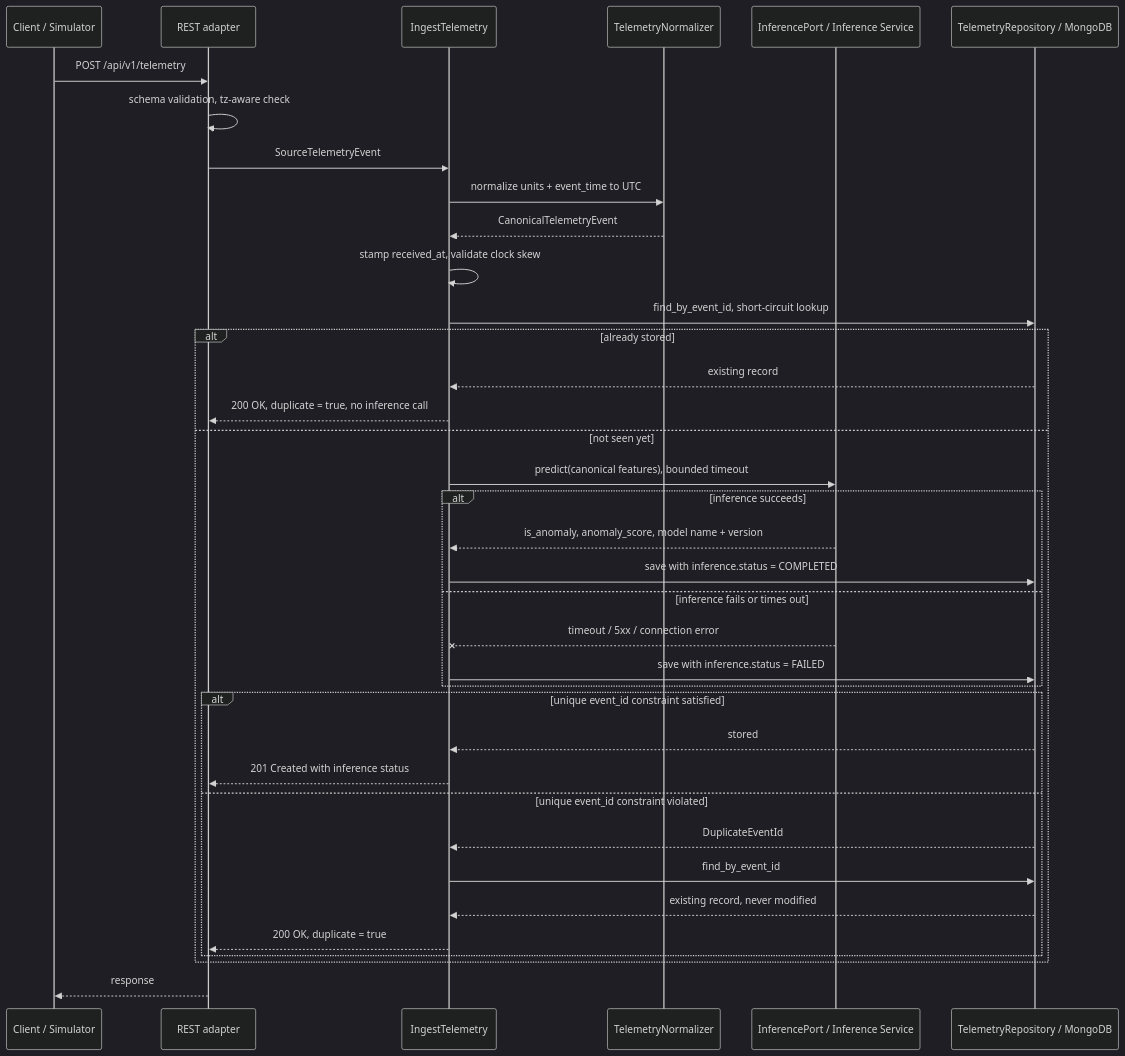
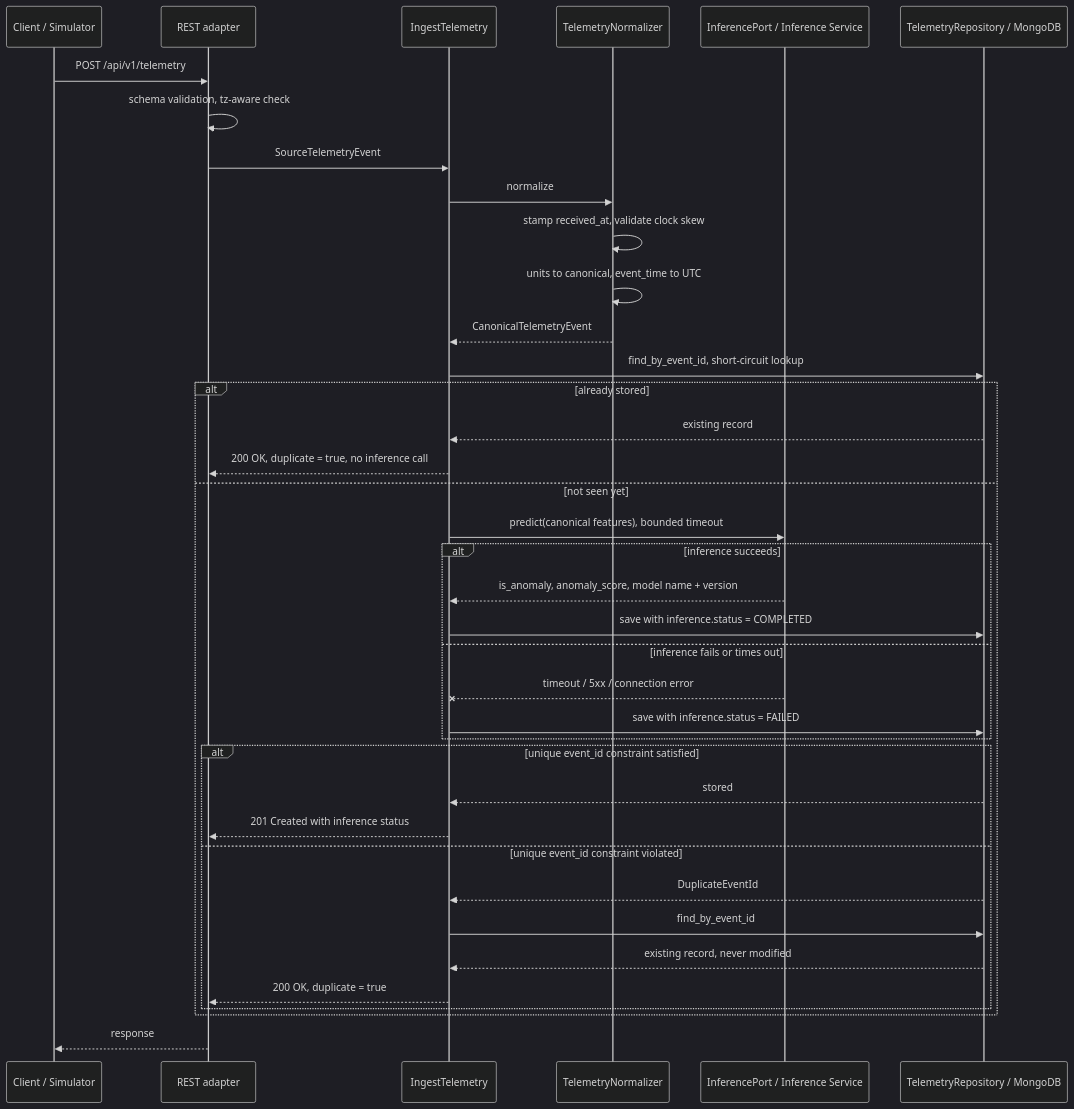
The third of 5 diagrams in docs/ARCHITECTURE.md (OwlRobert/fleet-ai-anomaly-detection-system), drawn with Mermaid (dark theme) before and after one commit. The commit also changed other lines of this file and 21 other files, not shown here.

````diff
--- a/docs/ARCHITECTURE.md
+++ b/docs/ARCHITECTURE.md
@@ -116,40 +116,41 @@
 ```mermaid
 sequenceDiagram
     participant C as Client / Simulator
     participant A as REST adapter
     participant U as IngestTelemetry
     participant N as TelemetryNormalizer
     participant I as InferencePort / Inference Service
     participant R as TelemetryRepository / MongoDB
 
     C->>A: POST /api/v1/telemetry
     A->>A: schema validation, tz-aware check
     A->>U: SourceTelemetryEvent
-    U->>N: normalize units + event_time to UTC
+    U->>N: normalize
+    N->>N: stamp received_at, validate clock skew
+    N->>N: units to canonical, event_time to UTC
     N-->>U: CanonicalTelemetryEvent
-    U->>U: stamp received_at, validate clock skew
     U->>R: find_by_event_id, short-circuit lookup
     alt already stored
         R-->>U: existing record
         U-->>A: 200 OK, duplicate = true, no inference call
     else not seen yet
         U->>I: predict(canonical features), bounded timeout
         alt inference succeeds
             I-->>U: is_anomaly, anomaly_score, model name + version
             U->>R: save with inference.status = COMPLETED
         else inference fails or times out
             I--xU: timeout / 5xx / connection error
             U->>R: save with inference.status = FAILED
         end
         alt unique event_id constraint satisfied
             R-->>U: stored
             U-->>A: 201 Created with inference status
         else unique event_id constraint violated
             R-->>U: DuplicateEventId
             U->>R: find_by_event_id
             R-->>U: existing record, never modified
             U-->>A: 200 OK, duplicate = true
         end
     end
     A-->>C: response
 ```
````
